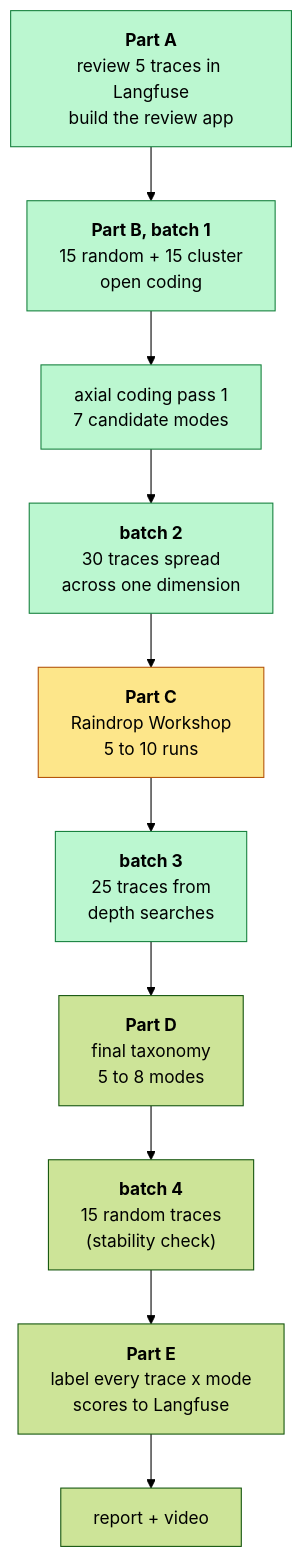
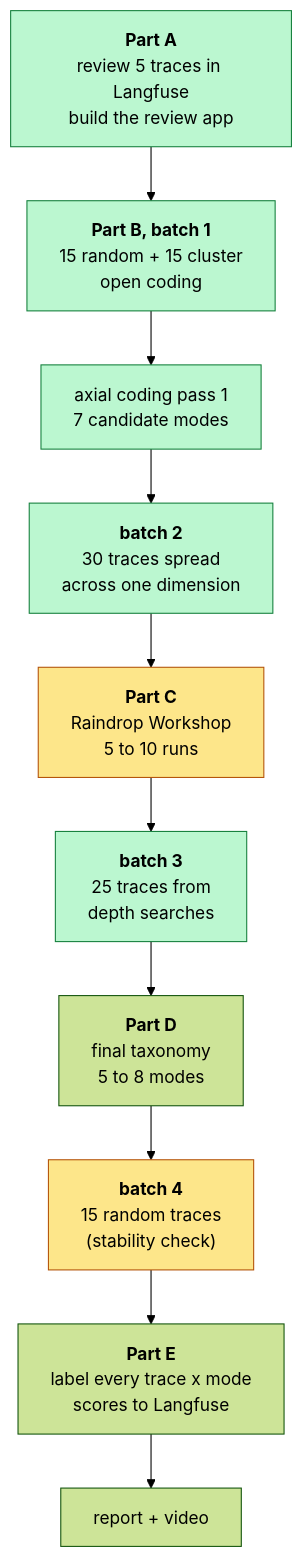
The first of 5 diagrams in homework/homework4_report.md (edangx100/cartwheel-homeworks), drawn with Mermaid (forest theme) before and after one commit. The commit also changed other lines of this file, not shown here.

````diff
--- a/homework/homework4_report.md
+++ b/homework/homework4_report.md
@@ -99,22 +99,23 @@
 ```mermaid
 flowchart TD
     PA["<b>Part A</b><br/>review 5 traces in Langfuse<br/>build the review app"]
     B1["<b>Part B, batch 1</b><br/>15 random + 15 cluster<br/>open coding"]
     AX1["axial coding pass 1<br/>7 candidate modes"]
     B2["<b>batch 2</b><br/>30 traces spread<br/>across one dimension"]
     PC["<b>Part C</b><br/>Raindrop Workshop<br/>5 to 10 runs"]
     B3["<b>batch 3</b><br/>25 traces from<br/>depth searches"]
     PD["<b>Part D</b><br/>final taxonomy<br/>5 to 8 modes"]
     B4["<b>batch 4</b><br/>15 random traces<br/>(stability check)"]
     PE["<b>Part E</b><br/>label every trace x mode<br/>scores to Langfuse"]
     V["report + video"]
 
     PA --> B1 --> AX1 --> B2 --> PC --> B3 --> PD --> B4 --> PE --> V
 
     style PA fill:#bbf7d0,stroke:#15803d
     style B1 fill:#bbf7d0,stroke:#15803d
     style AX1 fill:#bbf7d0,stroke:#15803d
     style B2 fill:#bbf7d0,stroke:#15803d
     style B3 fill:#bbf7d0,stroke:#15803d
     style PC fill:#fde68a,stroke:#b45309
+    style B4 fill:#fde68a,stroke:#b45309
 ```
````
